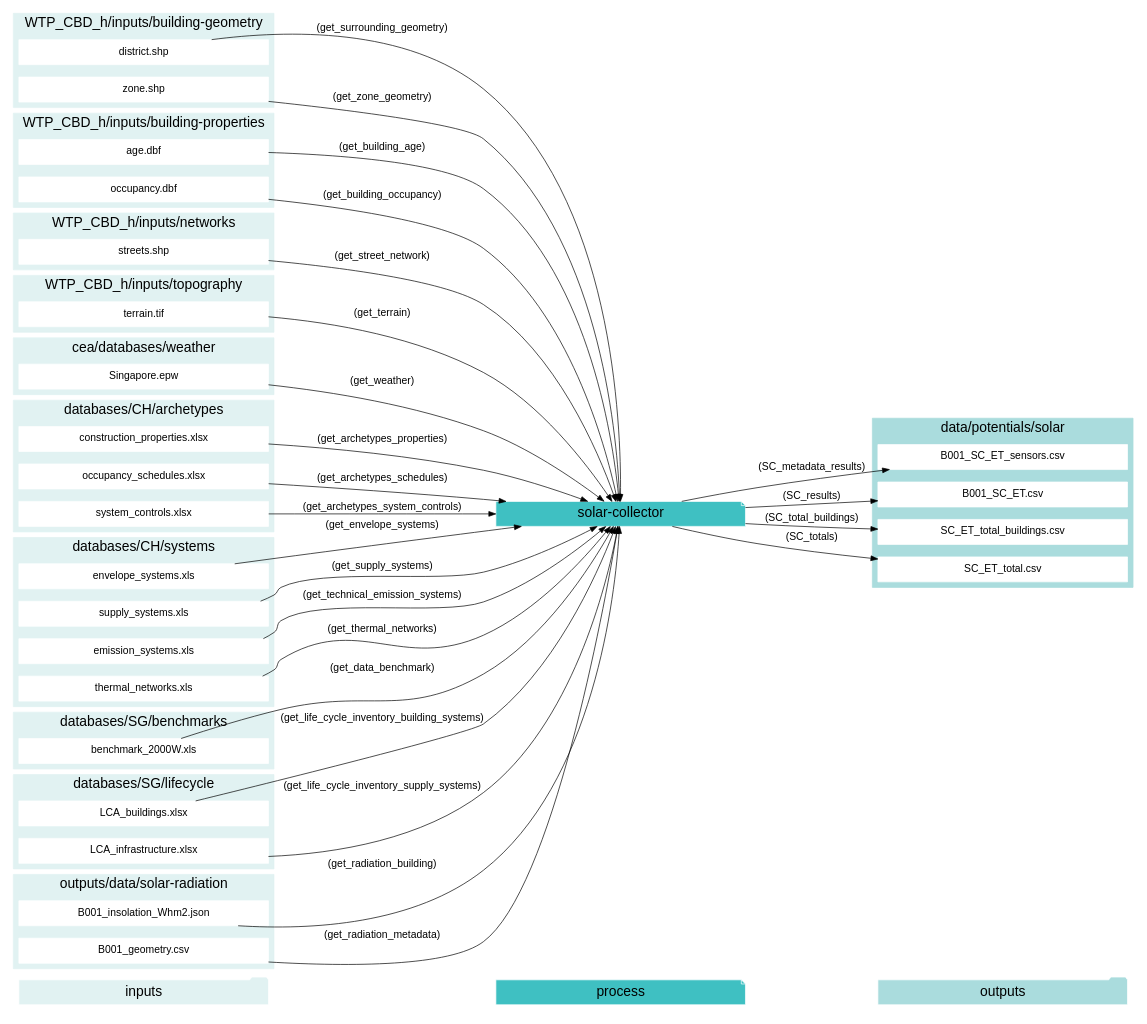
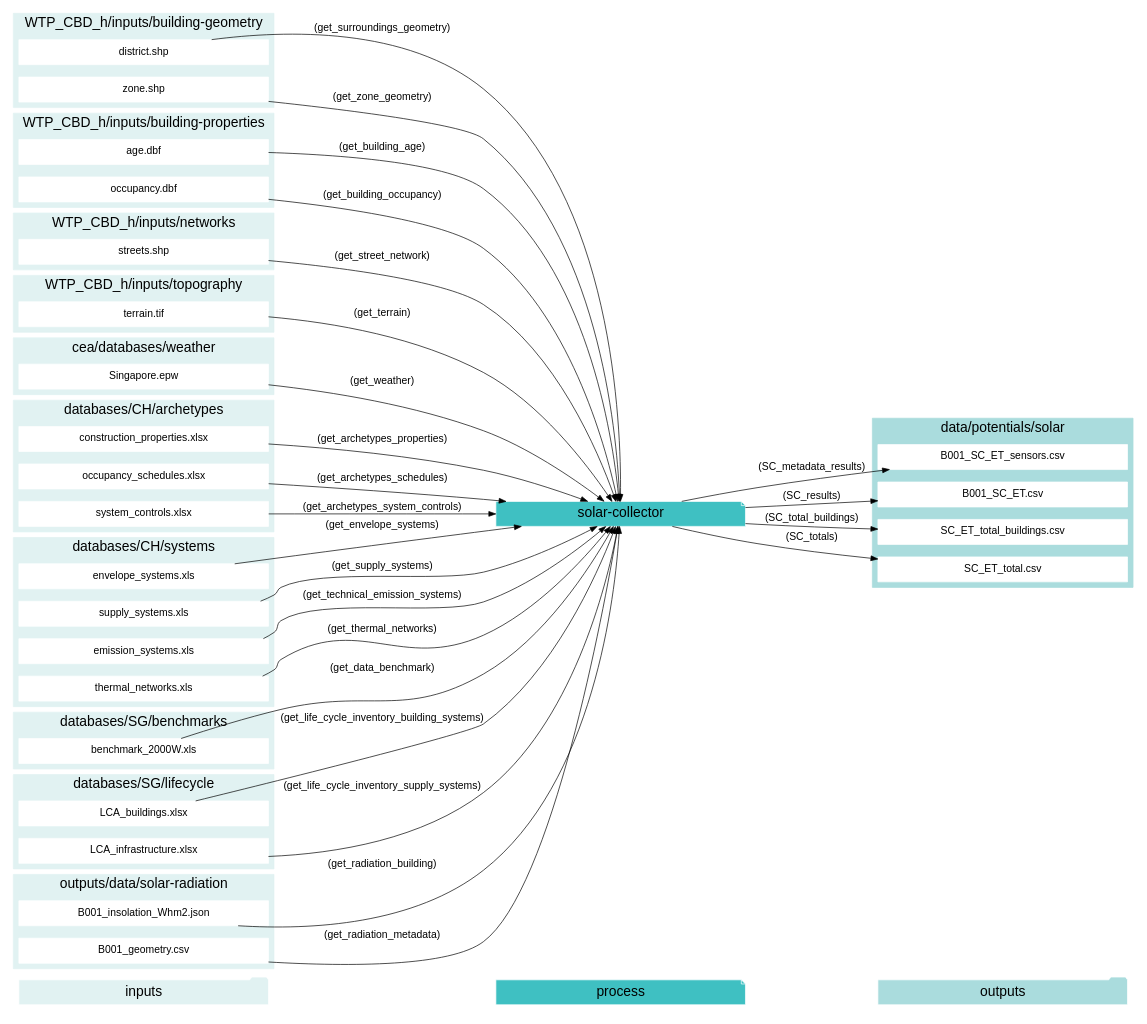
The fifth of 12 diagrams in docs/script-data-flow.rst (architecture-building-systems/CityEnergyAnalyst), drawn with Graphviz before and after one commit. The commit also changed other lines of this file and 15 other files, not shown here.

Commit message:
rename get_surrounding_geometry to get_surroungs_geometry

```diff
--- a/docs/script-data-flow.rst
+++ b/docs/script-data-flow.rst
@@ -689,7 +689,7 @@
     "age.dbf" -> "solar-collector"[label="(get_building_age)"]
     "occupancy.dbf" -> "solar-collector"[label="(get_building_occupancy)"]
     "benchmark_2000W.xls" -> "solar-collector"[label="(get_data_benchmark)"]
-    "district.shp" -> "solar-collector"[label="(get_surrounding_geometry)"]
+    "district.shp" -> "solar-collector"[label="(get_surroundings_geometry)"]
     "envelope_systems.xls" -> "solar-collector"[label="(get_envelope_systems)"]
     "LCA_buildings.xlsx" -> "solar-collector"[label="(get_life_cycle_inventory_building_systems)"]
     "LCA_infrastructure.xlsx" -> "solar-collector"[label="(get_life_cycle_inventory_supply_systems)"]
```
